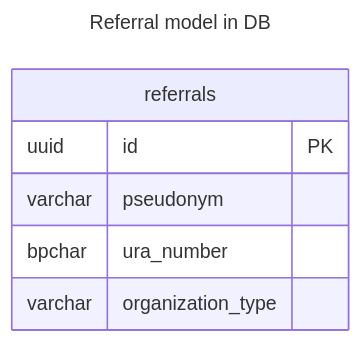
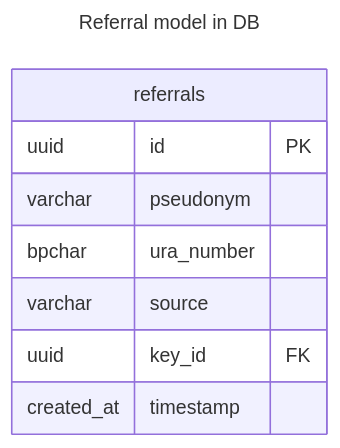
One commit to minvws/gfmodules-nationale-verwijsindex changed the diagram in README.md. Above: the diagram before and after it, drawn with Mermaid. The commit also changed other lines of this file and 7 other files, not shown here.

First line of the commit message:
Drop support for organization type (#528)

````diff
--- a/README.md
+++ b/README.md
@@ -59,12 +59,14 @@
 ```mermaid
 ---
 title: Referral model in DB
 ---
 erDiagram
     referrals {
         uuid id PK
         varchar pseudonym
         bpchar ura_number
-        varchar organization_type
+        varchar source
+        uuid key_id FK
+        created_at timestamp 
     }
 ```
````
